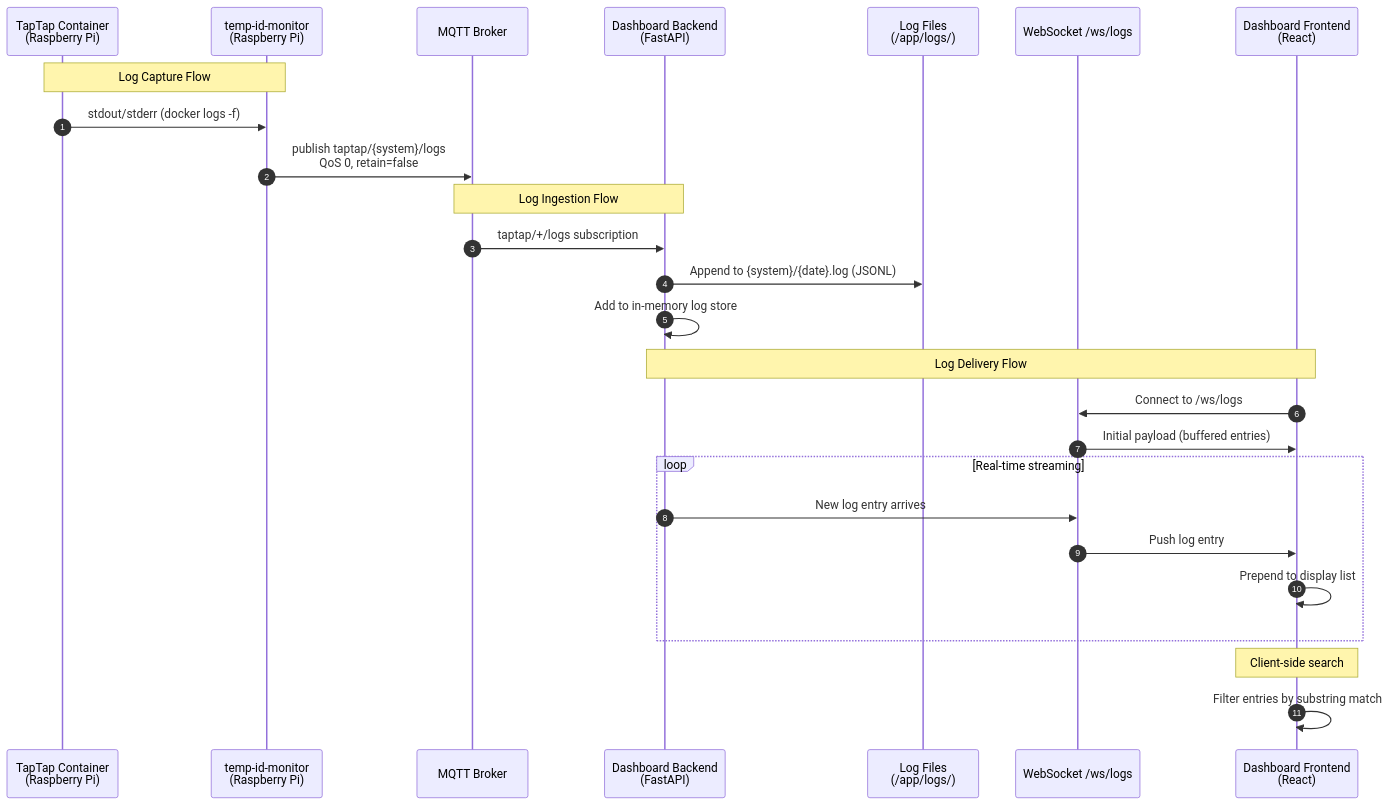
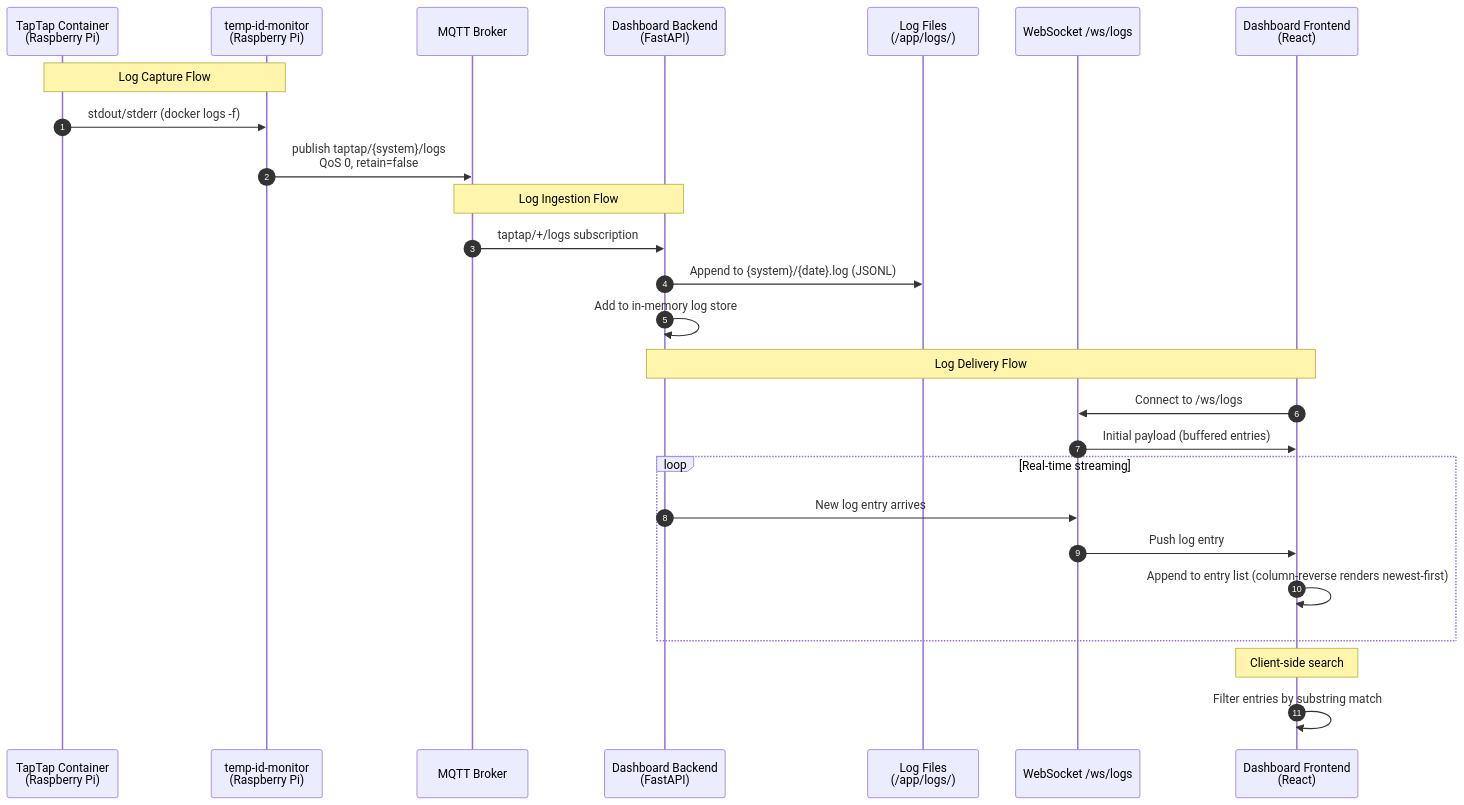
Before and after one commit to iscofield/realtime-tigo-monitor: the diagram in docs/specs/2026-02-08-cca-log-viewer.md, drawn with Mermaid. The commit also changed other lines of this file, not shown here.

````diff
--- a/docs/specs/2026-02-08-cca-log-viewer.md
+++ b/docs/specs/2026-02-08-cca-log-viewer.md
@@ -212,32 +214,32 @@
 ```mermaid
 sequenceDiagram
     autonumber
     participant TapTap as TapTap Container<br/>(Raspberry Pi)
     participant Monitor as temp-id-monitor<br/>(Raspberry Pi)
     participant MQTT as MQTT Broker
     participant Backend as Dashboard Backend<br/>(FastAPI)
     participant Disk as Log Files<br/>(/app/logs/)
     participant WS as WebSocket /ws/logs
     participant Frontend as Dashboard Frontend<br/>(React)
 
     Note over TapTap,Monitor: Log Capture Flow
     TapTap->>Monitor: stdout/stderr (docker logs -f)
     Monitor->>MQTT: publish taptap/{system}/logs<br/>QoS 0, retain=false
 
     Note over MQTT,Backend: Log Ingestion Flow
     MQTT->>Backend: taptap/+/logs subscription
     Backend->>Disk: Append to {system}/{date}.log (JSONL)
     Backend->>Backend: Add to in-memory log store
 
     Note over Backend,Frontend: Log Delivery Flow
     Frontend->>WS: Connect to /ws/logs
     WS->>Frontend: Initial payload (buffered entries)
     loop Real-time streaming
         Backend->>WS: New log entry arrives
         WS->>Frontend: Push log entry
-        Frontend->>Frontend: Prepend to display list
+        Frontend->>Frontend: Append to entry list (column-reverse renders newest-first)
     end
 
     Note over Frontend: Client-side search
     Frontend->>Frontend: Filter entries by substring match
 ```
````
